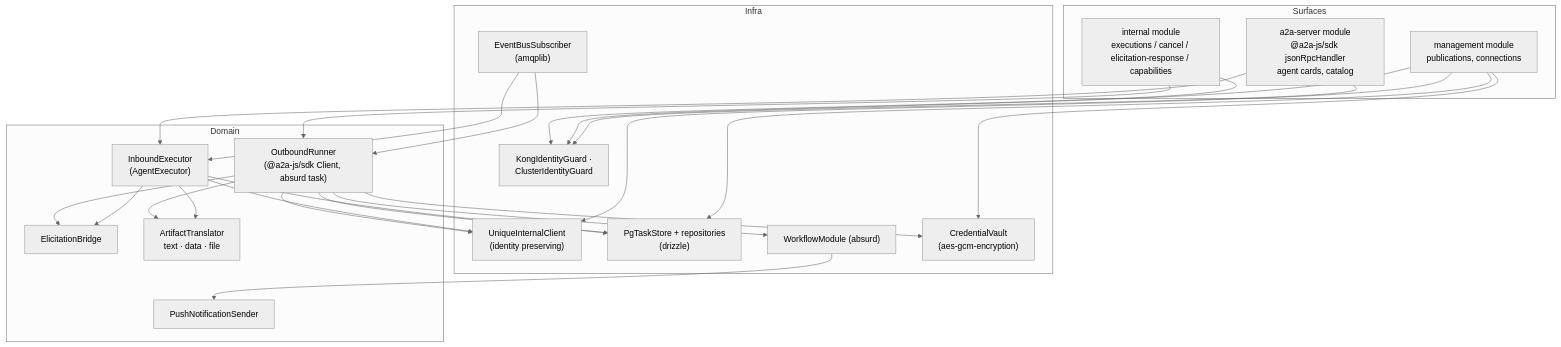
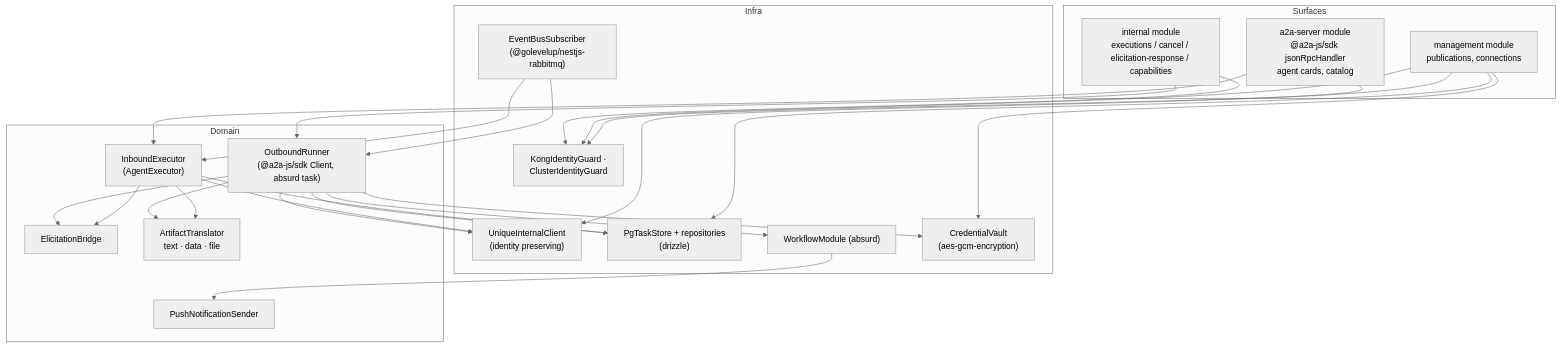
One commit to Unique-AG/connectors changed the second of 2 diagrams in services/a2a-gateway/docs/architecture.md. Above: the diagram before and after it, drawn with Mermaid. The commit also changed other lines of this file and 5 other files, not shown here.

Commit message:
docs(a2a-gateway): close open questions (absurd only, golevelup rabbitmq, humans only, kong client id)

````diff
--- a/services/a2a-gateway/docs/architecture.md
+++ b/services/a2a-gateway/docs/architecture.md
@@ -65,35 +65,35 @@
 ```mermaid
 %%{init: {'theme': 'neutral'}}%%
 flowchart TB
     subgraph Surfaces
         Pub["a2a-server module<br/>@a2a-js/sdk jsonRpcHandler<br/>agent cards, catalog"]
         Mgmt["management module<br/>publications, connections"]
         Int["internal module<br/>executions / cancel / elicitation-response / capabilities"]
     end
 
     subgraph Domain
         Exec["InboundExecutor<br/>(AgentExecutor)"]
         Out["OutboundRunner<br/>(@a2a-js/sdk Client, absurd task)"]
         Elic["ElicitationBridge"]
         Art["ArtifactTranslator<br/>text · data · file"]
         Push["PushNotificationSender"]
     end
 
     subgraph Infra
         Auth["KongIdentityGuard ·<br/>ClusterIdentityGuard"]
         UC["UniqueInternalClient<br/>(identity preserving)"]
-        Bus["EventBusSubscriber<br/>(amqplib)"]
+        Bus["EventBusSubscriber<br/>(@golevelup/nestjs-rabbitmq)"]
         Store["PgTaskStore + repositories<br/>(drizzle)"]
         Wf["WorkflowModule (absurd)"]
         Sec["CredentialVault<br/>(aes-gcm-encryption)"]
     end
 
     Pub & Mgmt & Int --> Auth
     Pub --> Exec
     Int --> Out
     Bus --> Exec & Out
     Exec --> UC & Store & Elic & Art
     Out --> UC & Store & Elic & Art & Sec & Wf
     Mgmt --> Store & Sec & UC
     Wf --> Push
 ```
````
